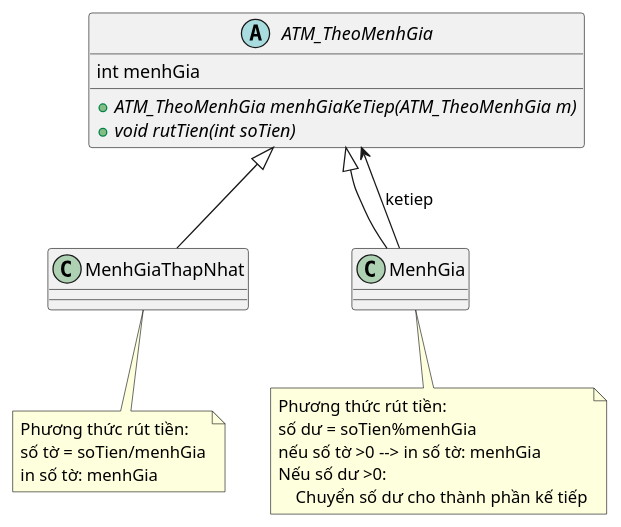
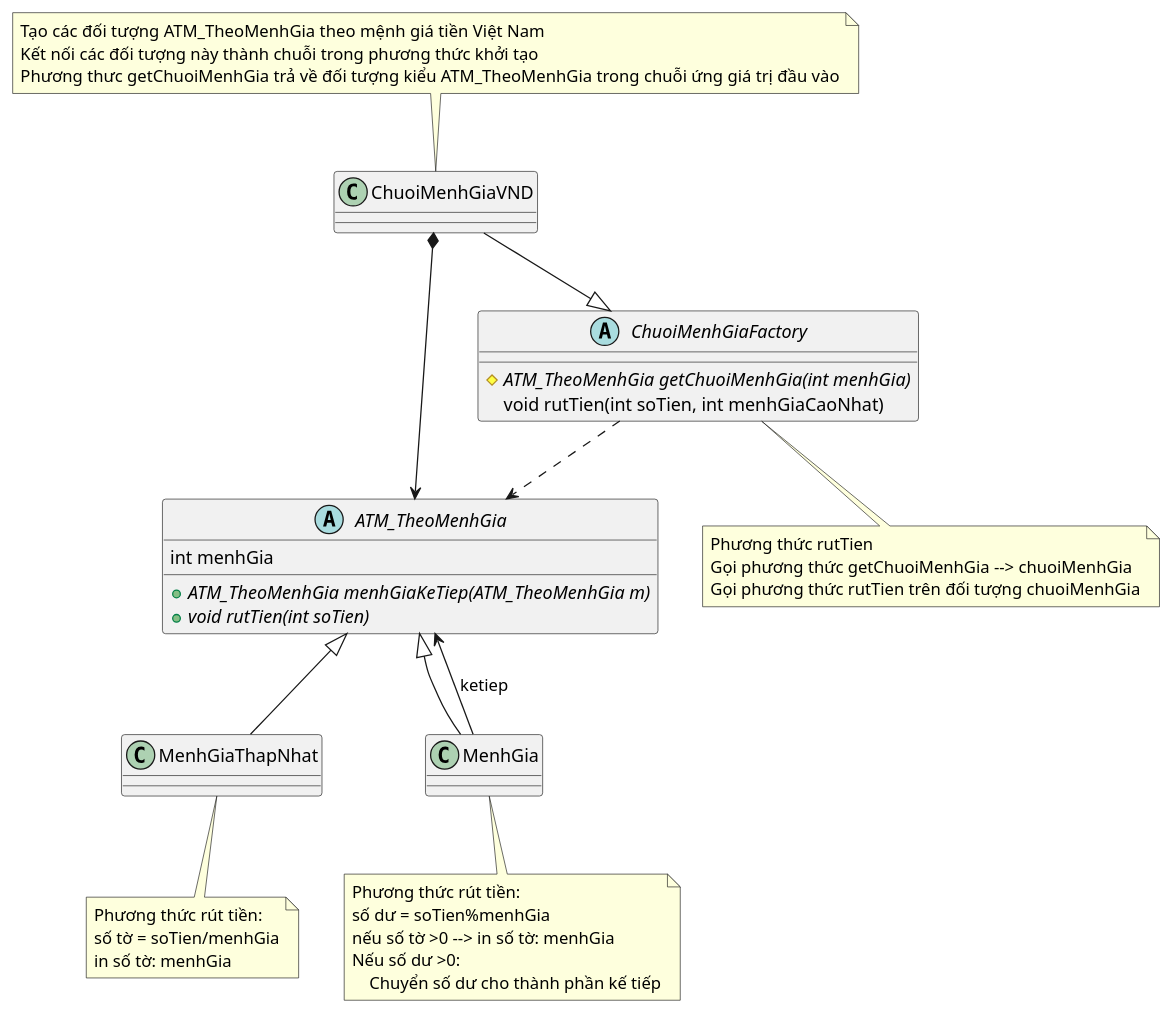
The diagram in out/production/63135967_SoftwareArchitectureAndDesign/behavioral/Chain_of_Responsibility/ATM/ATM_Diagram.puml (ngtuantu1202/63135967_SoftwareArchitectureAndDesign), drawn with PlantUML before and after one commit. The commit also changed 10 other files, not shown here.

```diff
--- a/out/production/63135967_SoftwareArchitectureAndDesign/behavioral/Chain_of_Responsibility/ATM/ATM_Diagram.puml
+++ b/out/production/63135967_SoftwareArchitectureAndDesign/behavioral/Chain_of_Responsibility/ATM/ATM_Diagram.puml
@@ -1,29 +1,50 @@
 @startuml
 'https://plantuml.com/sequence-diagram
 abstract class ATM_TheoMenhGia
 class MenhGiaThapNhat
 class MenhGia
+abstract class ChuoiMenhGiaFactory
+class ChuoiMenhGiaVND
 
 abstract class ATM_TheoMenhGia {
     int menhGia
     +{abstract} ATM_TheoMenhGia menhGiaKeTiep(ATM_TheoMenhGia m)
     +{abstract} void rutTien(int soTien)
 }
+abstract class ChuoiMenhGiaFactory {
+    #{abstract} ATM_TheoMenhGia getChuoiMenhGia(int menhGia)
+    void rutTien(int soTien, int menhGiaCaoNhat)
+}
 ATM_TheoMenhGia <|-- MenhGia
 ATM_TheoMenhGia <|-- MenhGiaThapNhat
 MenhGia --> ATM_TheoMenhGia:ketiep
+ChuoiMenhGiaVND *--> ATM_TheoMenhGia
+ChuoiMenhGiaVND --|> ChuoiMenhGiaFactory
+ChuoiMenhGiaFactory ..> ATM_TheoMenhGia
 
 note bottom of MenhGiaThapNhat
     Phương thức rút tiền:
     số tờ = soTien/menhGia
     in số tờ: menhGia
 end note
 
 note bottom of MenhGia
     Phương thức rút tiền:
     số dư = soTien%menhGia
     nếu số tờ >0 --> in số tờ: menhGia
     Nếu số dư >0:
         Chuyển số dư cho thành phần kế tiếp
 end note
+
+note top of ChuoiMenhGiaVND
+    Tạo các đối tượng ATM_TheoMenhGia theo mệnh giá tiền Việt Nam
+    Kết nối các đối tượng này thành chuỗi trong phương thức khởi tạo
+    Phương thưc getChuoiMenhGia trả về đối tượng kiểu ATM_TheoMenhGia trong chuỗi ứng giá trị đầu vào
+end note
+
+note bottom of ChuoiMenhGiaFactory
+    Phương thức rutTien
+    Gọi phương thức getChuoiMenhGia --> chuoiMenhGia
+    Gọi phương thức rutTien trên đối tượng chuoiMenhGia
+end note
 @enduml
```
